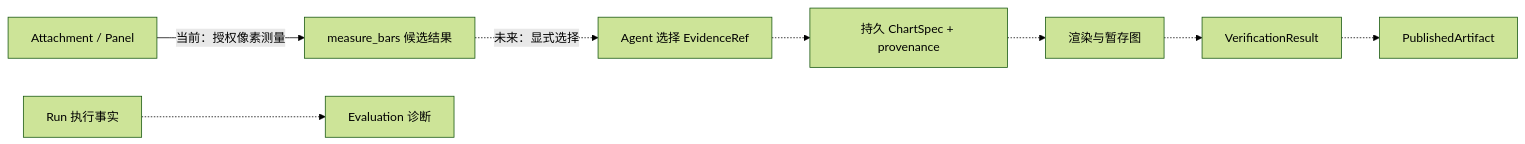
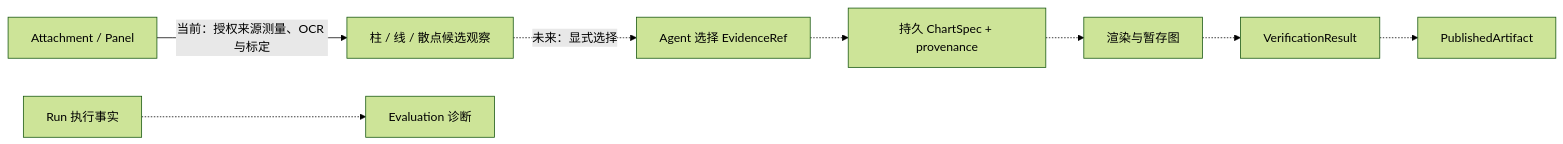
Before and after one commit to YeZibn/Figura: the second of 2 diagrams in docs/figura-implementation-overview.md, drawn with Mermaid (forest theme). The commit also changed other lines of this file and 40 other files, not shown here.

Commit message:
feat(tool): 新增笛卡尔折线图和散点图测量工具，升级条形图测量能力

````diff
--- a/docs/figura-implementation-overview.md
+++ b/docs/figura-implementation-overview.md
@@ -76,10 +77,10 @@
 ```mermaid
 flowchart LR
-    Image[Attachment / Panel] -->|当前：授权像素测量| Measure[measure_bars 候选结果]
+    Image[Attachment / Panel] -->|当前：授权来源测量、OCR 与标定| Measure[柱 / 线 / 散点候选观察]
     Measure -.->|未来：显式选择| Choice[Agent 选择 EvidenceRef]
     Choice -.-> Spec[持久 ChartSpec + provenance]
     Spec -.-> Render[渲染与暂存图]
     Render -.-> Verify[VerificationResult]
     Verify -.-> Publish[PublishedArtifact]
     Runtime[Run 执行事实] -.-> Eval[Evaluation 诊断]
 ```
````
